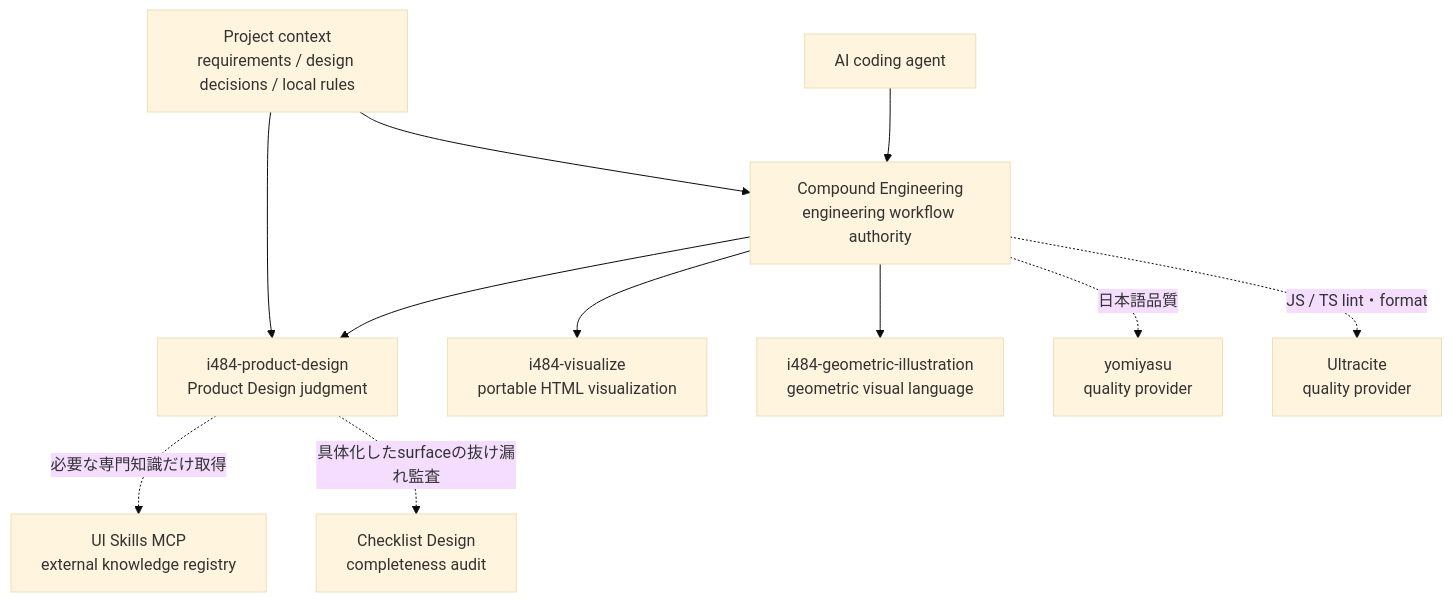
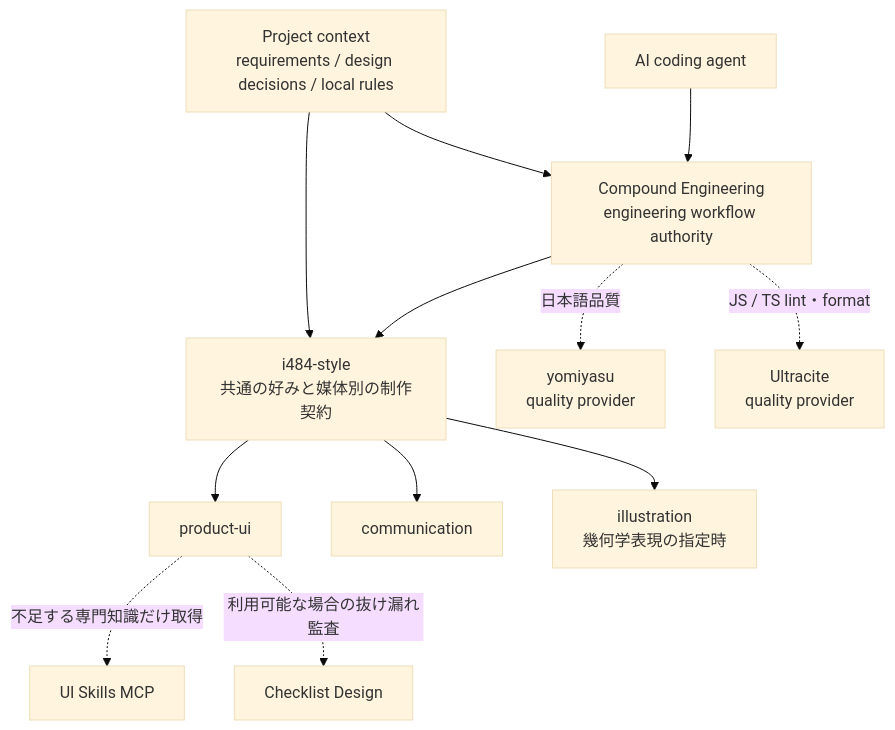
Before and after one commit to ishibashi-c/i484-engineering: the diagram in README.md, drawn with Mermaid (base theme). The commit also changed other lines of this file and 62 other files, not shown here.

````diff
--- a/README.md
+++ b/README.md
@@ -29,17 +29,17 @@
 ```mermaid
 flowchart TB
     Agent["AI coding agent"] --> CE["Compound Engineering<br/>engineering workflow authority"]
 
-    CE --> PD["i484-product-design<br/>Product Design judgment"]
-    CE --> VIZ["i484-visualize<br/>portable HTML visualization"]
-    CE --> GEO["i484-geometric-illustration<br/>geometric visual language"]
-
-    PD -. "必要な専門知識だけ取得" .-> UIS["UI Skills MCP<br/>external knowledge registry"]
-    PD -. "具体化したsurfaceの抜け漏れ監査" .-> CD["Checklist Design<br/>completeness audit"]
+    CE --> STYLE["i484-style<br/>共通の好みと媒体別の制作契約"]
+    STYLE --> UI["product-ui"]
+    STYLE --> COM["communication"]
+    STYLE --> ILL["illustration<br/>幾何学表現の指定時"]
+    UI -. "不足する専門知識だけ取得" .-> UIS["UI Skills MCP"]
+    UI -. "利用可能な場合の抜け漏れ監査" .-> CD["Checklist Design"]
 
     CE -. "日本語品質" .-> YOMI["yomiyasu<br/>quality provider"]
     CE -. "JS / TS lint・format" .-> UL["Ultracite<br/>quality provider"]
 
     Project["Project context<br/>requirements / design decisions / local rules"] --> CE
-    Project --> PD
+    Project --> STYLE
 ```
````
